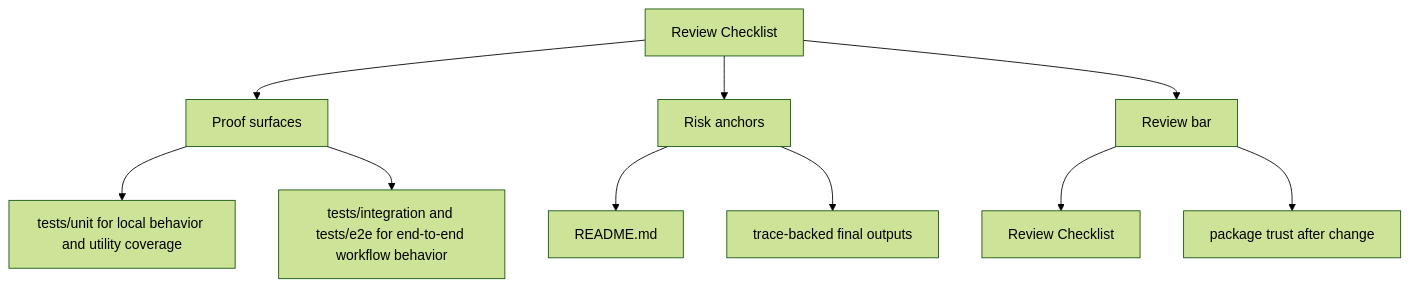
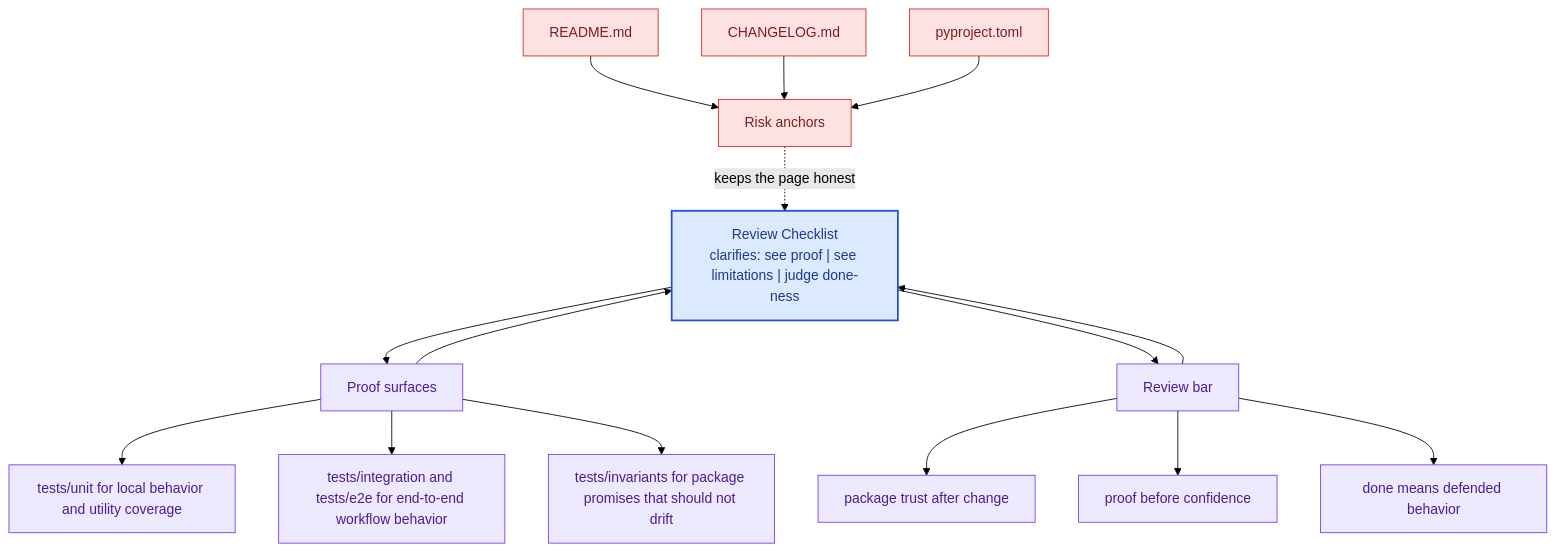
The second of 2 diagrams in docs/bijux-canon-agent/quality/review-checklist.md (bijux/bijux-canon), drawn with Mermaid (forest theme) before and after one commit. The commit also changed other lines of this file and 281 other files, not shown here.

Commit message:
docs(diagrams): deepen handbook mermaid maps across the catalog

````diff
--- a/docs/bijux-canon-agent/quality/review-checklist.md
+++ b/docs/bijux-canon-agent/quality/review-checklist.md
@@ -34,22 +67,41 @@
 ```mermaid
-flowchart TD
-    page["Review Checklist"]
+flowchart TB
+    promise["Review Checklist<br/>clarifies: see proof | see limitations | judge done-ness"]
+    classDef promise fill:#dbeafe,stroke:#1d4ed8,color:#1e3a8a,stroke-width:2px;
+    classDef driver fill:#dcfce7,stroke:#16a34a,color:#14532d;
+    classDef constraint fill:#fee2e2,stroke:#dc2626,color:#7f1d1d;
+    classDef ground fill:#ede9fe,stroke:#7c3aed,color:#4c1d95;
     focus1["Proof surfaces"]
-    page --> focus1
+    focus1 --> promise
+    promise --> focus1
     focus1_1["tests/unit for local behavior and utility coverage"]
     focus1 --> focus1_1
     focus1_2["tests/integration and tests/e2e for end-to-end workflow behavior"]
     focus1 --> focus1_2
+    focus1_3["tests/invariants for package promises that should not drift"]
+    focus1 --> focus1_3
+    class focus1 ground;
+    class focus1_1,focus1_2,focus1_3 ground;
     focus2["Risk anchors"]
-    page --> focus2
+    focus2 -.keeps the page honest.-> promise
     focus2_1["README.md"]
-    focus2 --> focus2_1
-    focus2_2["trace-backed final outputs"]
-    focus2 --> focus2_2
+    focus2_1 --> focus2
+    focus2_2["CHANGELOG.md"]
+    focus2_2 --> focus2
+    focus2_3["pyproject.toml"]
+    focus2_3 --> focus2
+    class focus2 constraint;
+    class focus2_1,focus2_2,focus2_3 constraint;
     focus3["Review bar"]
-    page --> focus3
-    focus3_1["Review Checklist"]
+    focus3 --> promise
+    promise --> focus3
+    focus3_1["package trust after change"]
     focus3 --> focus3_1
-    focus3_2["package trust after change"]
+    focus3_2["proof before confidence"]
     focus3 --> focus3_2
+    focus3_3["done means defended behavior"]
+    focus3 --> focus3_3
+    class focus3 ground;
+    class focus3_1,focus3_2,focus3_3 ground;
+    class promise promise;
 ```
````
